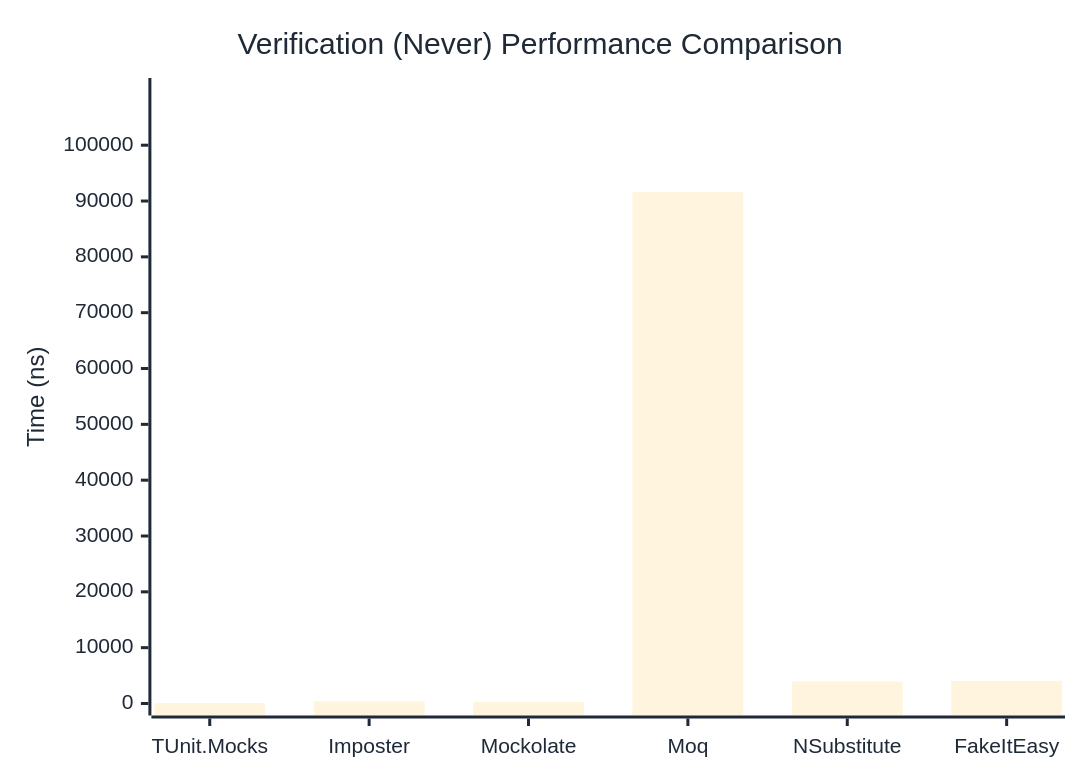
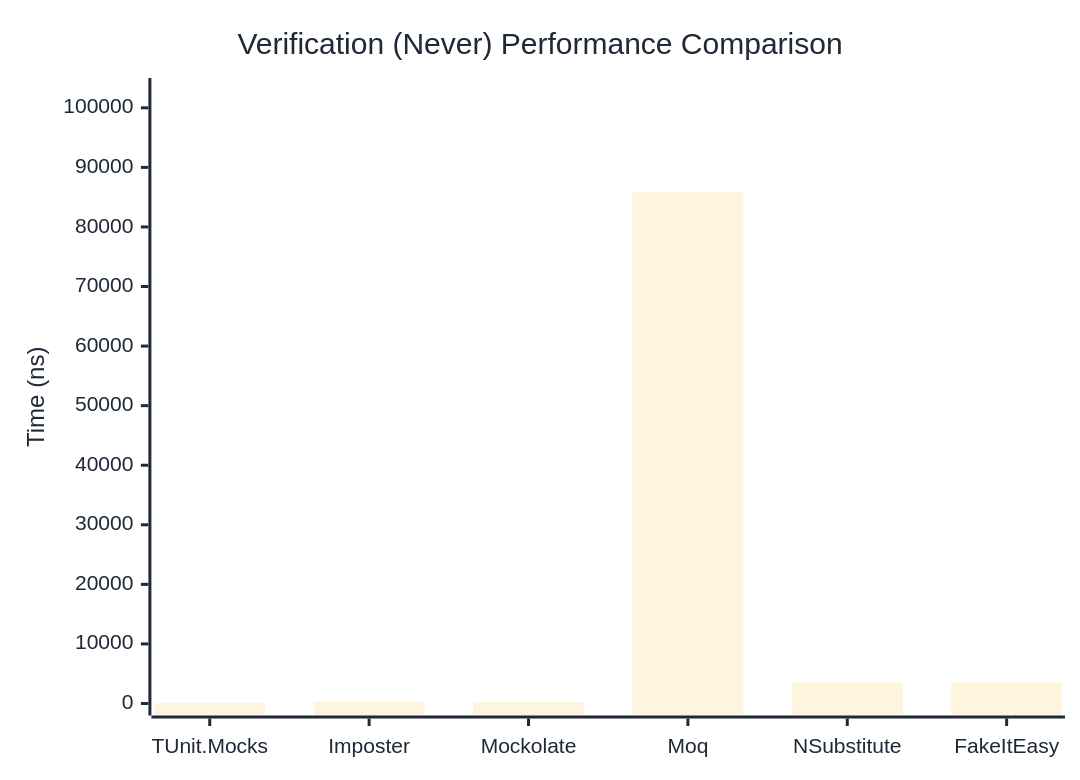
One commit to thomhurst/TUnit changed the second of 3 diagrams in docs/docs/benchmarks/mocks/Verification.md. Above: the diagram before and after it, drawn with Mermaid. The commit also changed other lines of this file and 14 other files, not shown here.

````diff
--- a/docs/docs/benchmarks/mocks/Verification.md
+++ b/docs/docs/benchmarks/mocks/Verification.md
@@ -71,27 +71,27 @@
 ```mermaid
 %%{init: {
   'theme':'base',
   'themeVariables': {
     'primaryColor': '#2563eb',
     'primaryTextColor': '#1f2937',
     'primaryBorderColor': '#1e40af',
     'lineColor': '#6b7280',
     'secondaryColor': '#7c3aed',
     'tertiaryColor': '#dc2626',
     'background': '#ffffff',
     'pie1': '#2563eb',
     'pie2': '#7c3aed',
     'pie3': '#dc2626',
     'pie4': '#f59e0b',
     'pie5': '#10b981',
     'pie6': '#06b6d4',
     'pie7': '#ec4899',
     'pie8': '#6366f1'
   }
 }}%%
 xychart-beta
   title "Verification (Never) Performance Comparison"
   x-axis ["TUnit.Mocks", "Imposter", "Mockolate", "Moq", "NSubstitute", "FakeItEasy"]
-  y-axis "Time (ns)" 0 --> 109887
-  bar [60.06, 386.74, 271.03, 91572.41, 3934.84, 4051.93]
+  y-axis "Time (ns)" 0 --> 102990
+  bar [51.05, 315.15, 230.04, 85824.47, 3522.86, 3474.74]
 ```
````
